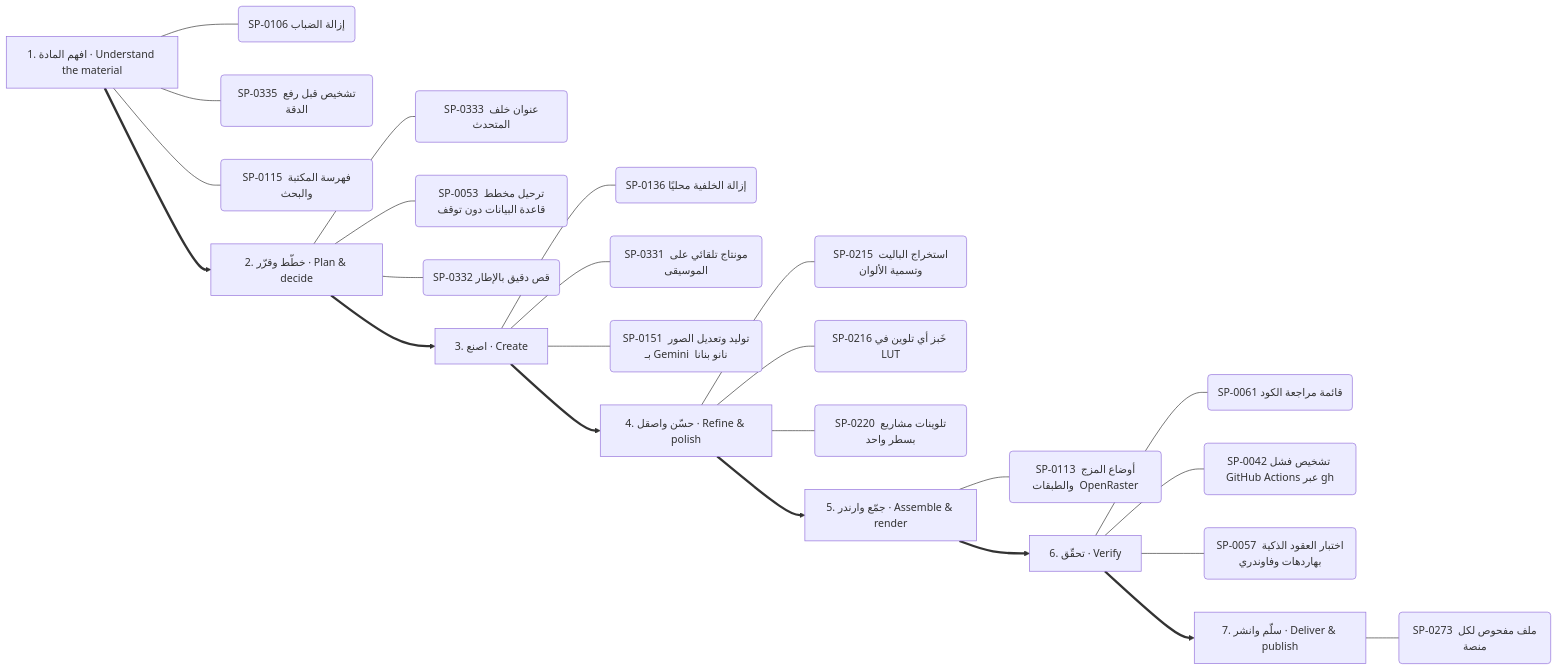
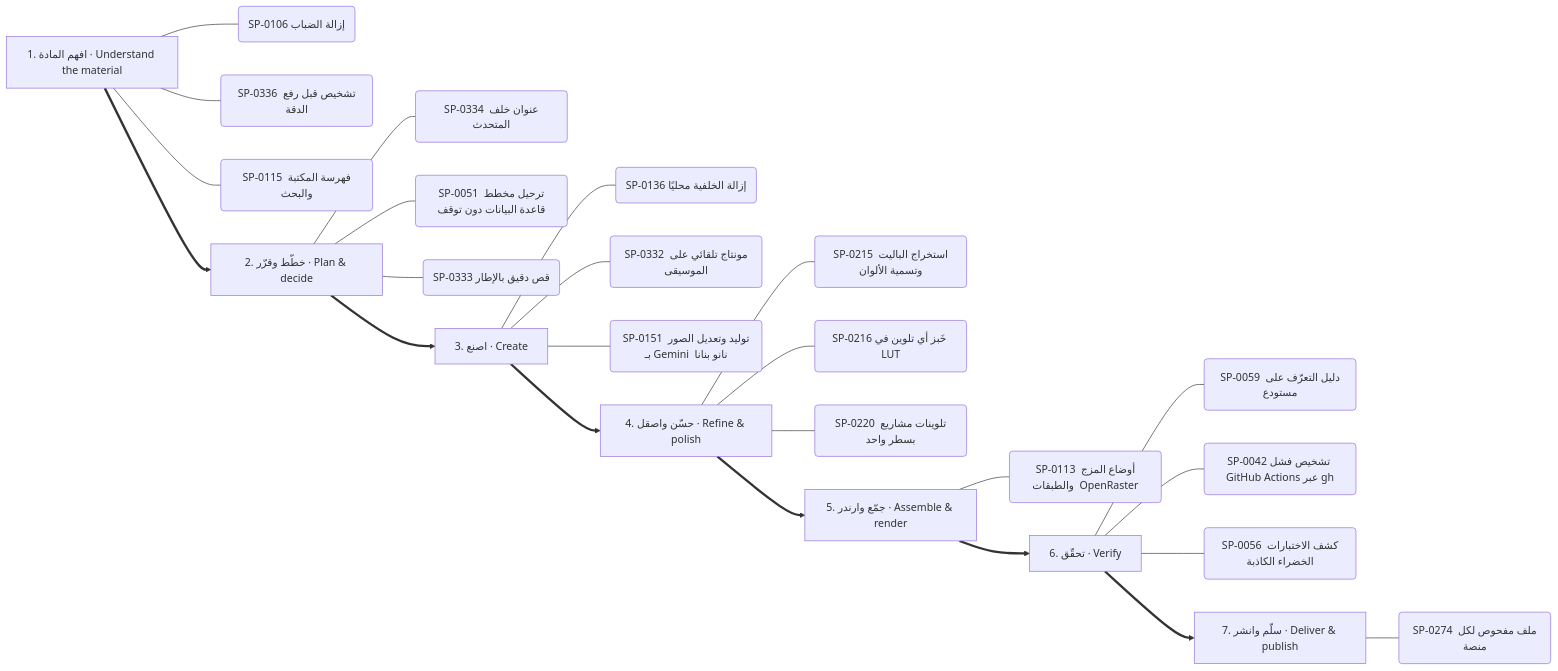
One commit to kosif199022-jpg/kosif-tool changed the seventh of 13 diagrams in .claude/skills/kosif-superpowers/references/capability-mindmap.md. Above: the diagram before and after it, drawn with Mermaid. The commit also changed other lines of this file and 35 other files, not shown here.

````diff
--- a/.claude/skills/kosif-superpowers/references/capability-mindmap.md
+++ b/.claude/skills/kosif-superpowers/references/capability-mindmap.md
@@ -361,33 +360,33 @@
 ```mermaid
 flowchart LR
   S0["1. افهم المادة · Understand the material"]
   S0 --- S0_0("SP-0106 إزالة الضباب")
-  S0 --- S0_1("SP-0335 تشخيص قبل رفع الدقة")
+  S0 --- S0_1("SP-0336 تشخيص قبل رفع الدقة")
   S0 --- S0_2("SP-0115 فهرسة المكتبة والبحث")
   S1["2. خطّط وقرّر · Plan & decide"]
-  S1 --- S1_0("SP-0333 عنوان خلف المتحدث")
-  S1 --- S1_1("SP-0053 ترحيل مخطط قاعدة البيانات دون توقف")
-  S1 --- S1_2("SP-0332 قص دقيق بالإطار")
+  S1 --- S1_0("SP-0334 عنوان خلف المتحدث")
+  S1 --- S1_1("SP-0051 ترحيل مخطط قاعدة البيانات دون توقف")
+  S1 --- S1_2("SP-0333 قص دقيق بالإطار")
   S0 ==> S1
   S2["3. اصنع · Create"]
   S2 --- S2_0("SP-0136 إزالة الخلفية محليًا")
-  S2 --- S2_1("SP-0331 مونتاج تلقائي على الموسيقى")
+  S2 --- S2_1("SP-0332 مونتاج تلقائي على الموسيقى")
   S2 --- S2_2("SP-0151 توليد وتعديل الصور بـ Gemini  نانو بنانا ")
   S1 ==> S2
   S3["4. حسّن واصقل · Refine & polish"]
   S3 --- S3_0("SP-0215 استخراج الباليت وتسمية الألوان")
   S3 --- S3_1("SP-0216 خَبز أي تلوين في LUT")
   S3 --- S3_2("SP-0220 تلوينات مشاريع بسطر واحد")
   S2 ==> S3
   S4["5. جمّع وارندر · Assemble & render"]
   S4 --- S4_0("SP-0113 أوضاع المزج والطبقات  OpenRaster ")
   S3 ==> S4
   S5["6. تحقّق · Verify"]
-  S5 --- S5_0("SP-0061 قائمة مراجعة الكود")
+  S5 --- S5_0("SP-0059 دليل التعرّف على مستودع")
   S5 --- S5_1("SP-0042 تشخيص فشل GitHub Actions عبر gh")
-  S5 --- S5_2("SP-0057 اختبار العقود الذكية بهاردهات وفاوندري")
+  S5 --- S5_2("SP-0056 كشف الاختبارات الخضراء الكاذبة")
   S4 ==> S5
   S6["7. سلّم وانشر · Deliver & publish"]
-  S6 --- S6_0("SP-0273 ملف مفحوص لكل منصة")
+  S6 --- S6_0("SP-0274 ملف مفحوص لكل منصة")
   S5 ==> S6
 ```
````
